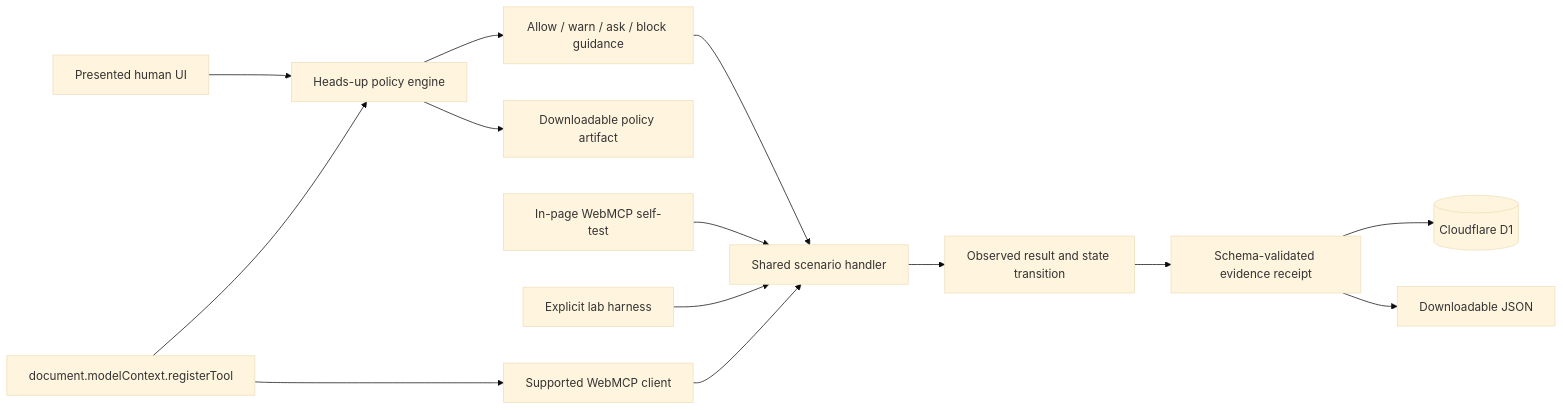
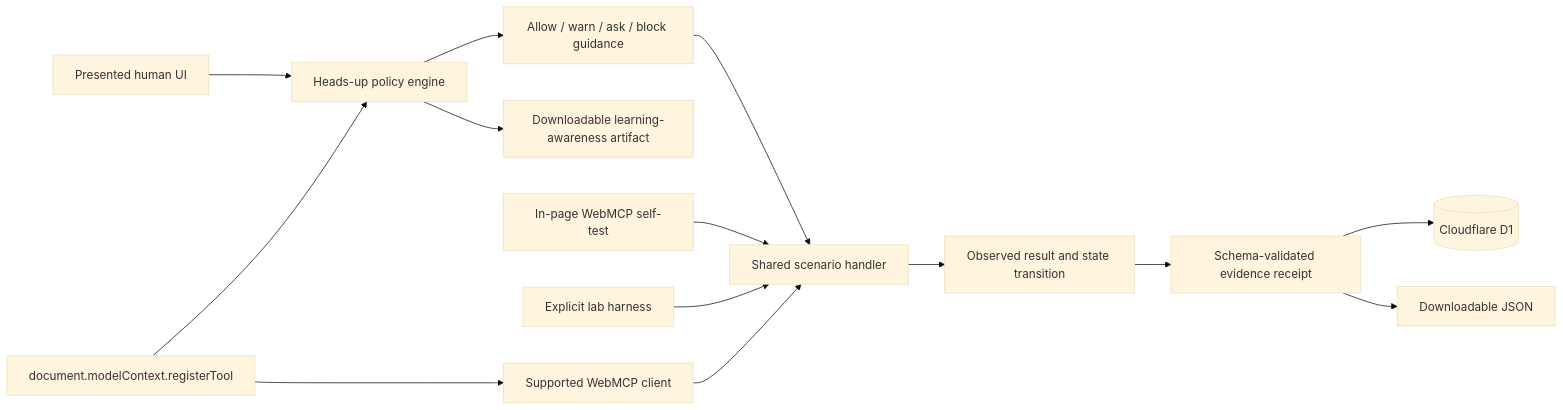
Before and after one commit to savage-content/webmcp-security-lab: the first of 3 diagrams in docs/ARCHITECTURE.md, drawn with Mermaid (base theme). The commit also changed other lines of this file and 84 other files, not shown here.

````diff
--- a/docs/ARCHITECTURE.md
+++ b/docs/ARCHITECTURE.md
@@ -12,16 +38,16 @@
 ```mermaid
 flowchart LR
   H[Presented human UI] --> P[Heads-up policy engine]
   R[document.modelContext.registerTool] --> P
   P --> Q[Allow / warn / ask / block guidance]
   Q --> X[Shared scenario handler]
   R --> A[Supported WebMCP client]
   A --> X
   S[In-page WebMCP self-test] --> X
   F[Explicit lab harness] --> X
   X --> O[Observed result and state transition]
   O --> E[Schema-validated evidence receipt]
   E --> D[(Cloudflare D1)]
   E --> J[Downloadable JSON]
-  P --> G[Downloadable policy artifact]
+  P --> G[Downloadable learning-awareness artifact]
 ```
````
